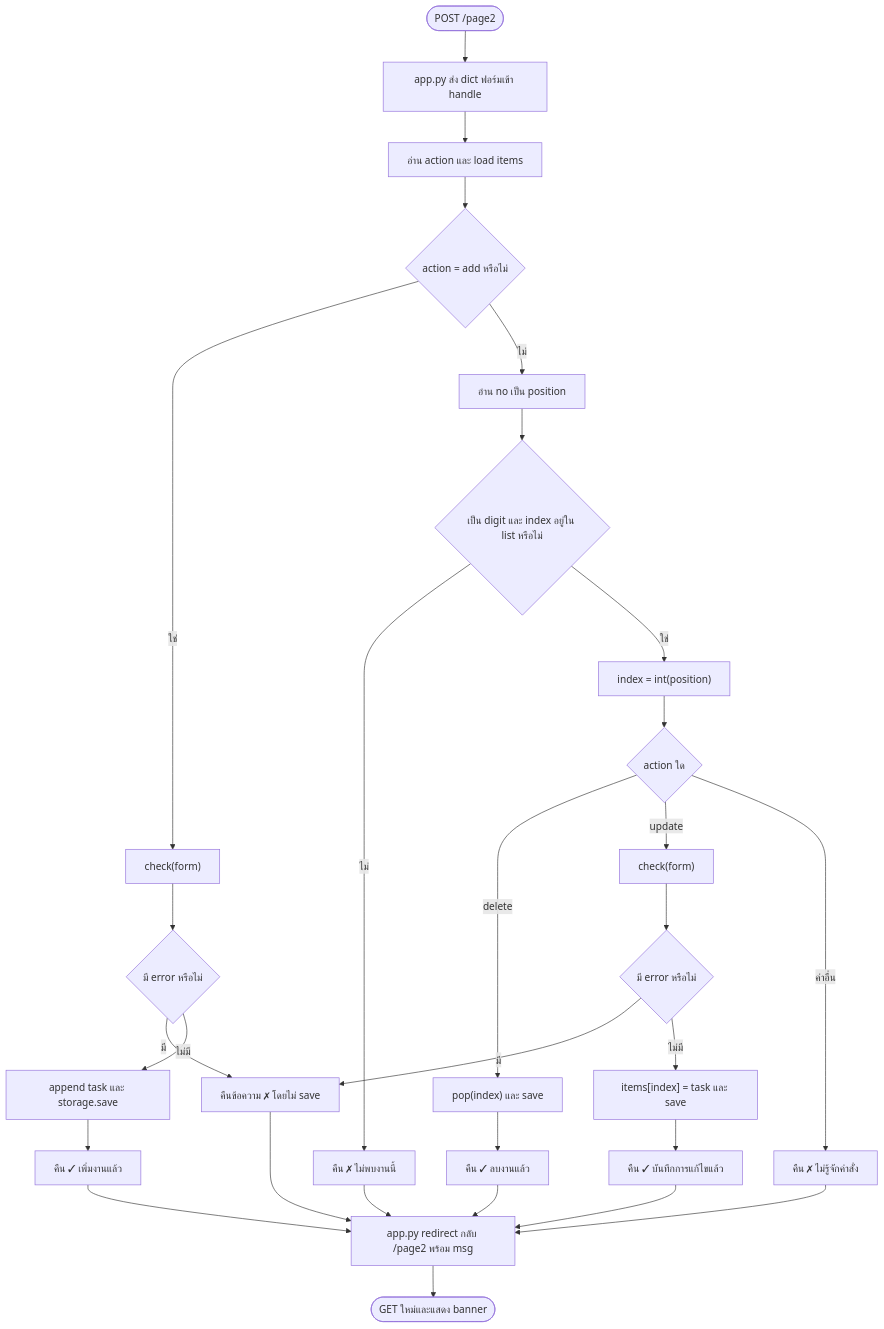
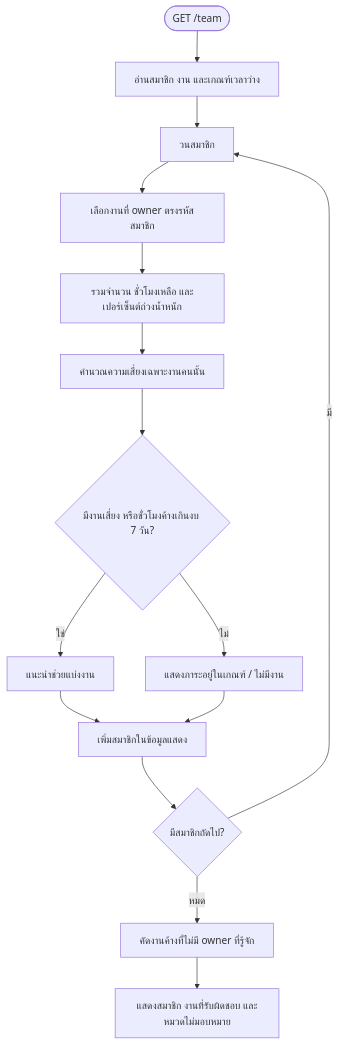
One commit to aiy157/ManagerTime changed the eighth of 10 diagrams in docs/presentation/FLOWCHARTS.md. Above: the diagram before and after it, drawn with Mermaid. The commit also changed other lines of this file and 68 other files, not shown here.

````diff
--- a/docs/presentation/FLOWCHARTS.md
+++ b/docs/presentation/FLOWCHARTS.md
@@ -211,31 +164,17 @@
 ```mermaid
 flowchart TD
-    A(["POST /page2"]) --> B["app.py ส่ง dict ฟอร์มเข้า handle"]
-    B --> C["อ่าน action และ load items"]
-    C --> D{"action = add หรือไม่"}
-    D -->|ใช่| E["check(form)"]
-    E --> F{"มี error หรือไม่"}
-    F -->|มี| X["คืนข้อความ ✗ โดยไม่ save"]
-    F -->|ไม่มี| G["append task และ storage.save"]
-    G --> OK1["คืน ✓ เพิ่มงานแล้ว"]
-    D -->|ไม่| H["อ่าน no เป็น position"]
-    H --> I{"เป็น digit และ index อยู่ใน list หรือไม่"}
-    I -->|ไม่| NF["คืน ✗ ไม่พบงานนี้"]
-    I -->|ใช่| J["index = int(position)"]
-    J --> K{"action ใด"}
-    K -->|delete| L["pop(index) และ save"]
-    L --> OK2["คืน ✓ ลบงานแล้ว"]
-    K -->|update| M["check(form)"]
-    M --> N{"มี error หรือไม่"}
-    N -->|มี| X
-    N -->|ไม่มี| O["items[index] = task และ save"]
-    O --> OK3["คืน ✓ บันทึกการแก้ไขแล้ว"]
-    K -->|ค่าอื่น| UK["คืน ✗ ไม่รู้จักคำสั่ง"]
-    X --> R["app.py redirect กลับ /page2 พร้อม msg"]
-    OK1 --> R
-    NF --> R
-    OK2 --> R
-    OK3 --> R
-    UK --> R
-    R --> S(["GET ใหม่และแสดง banner"])
+    A(["GET /team"]) --> B["อ่านสมาชิก งาน และเกณฑ์เวลาว่าง"]
+    B --> C["วนสมาชิก"]
+    C --> D["เลือกงานที่ owner ตรงรหัสสมาชิก"]
+    D --> E["รวมจำนวน ชั่วโมงเหลือ และเปอร์เซ็นต์ถ่วงน้ำหนัก"]
+    E --> F["คำนวณความเสี่ยงเฉพาะงานคนนั้น"]
+    F --> G{"มีงานเสี่ยง หรือชั่วโมงค้างเกินงบ 7 วัน?"}
+    G -->|ใช่| H["แนะนำช่วยแบ่งงาน"]
+    G -->|ไม่| I["แสดงภาระอยู่ในเกณฑ์ / ไม่มีงาน"]
+    H --> J["เพิ่มสมาชิกในข้อมูลแสดง"]
+    I --> J
+    J --> K{"มีสมาชิกถัดไป?"}
+    K -->|มี| C
+    K -->|หมด| L["คัดงานค้างที่ไม่มี owner ที่รู้จัก"]
+    L --> M["แสดงสมาชิก งานที่รับผิดชอบ และหมวดไม่มอบหมาย"]
 ```
````
